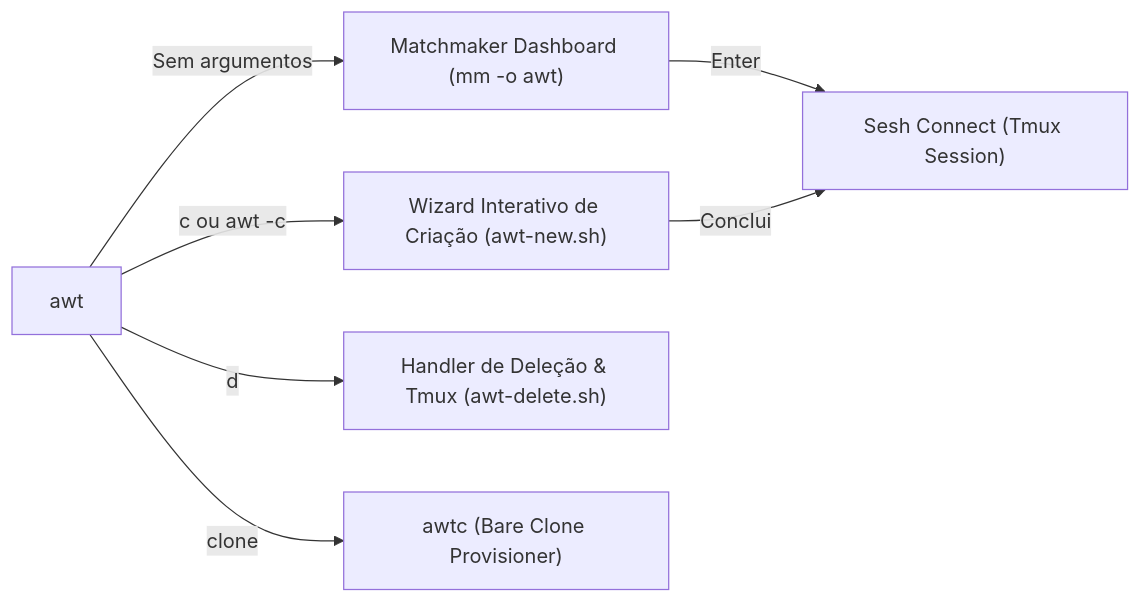
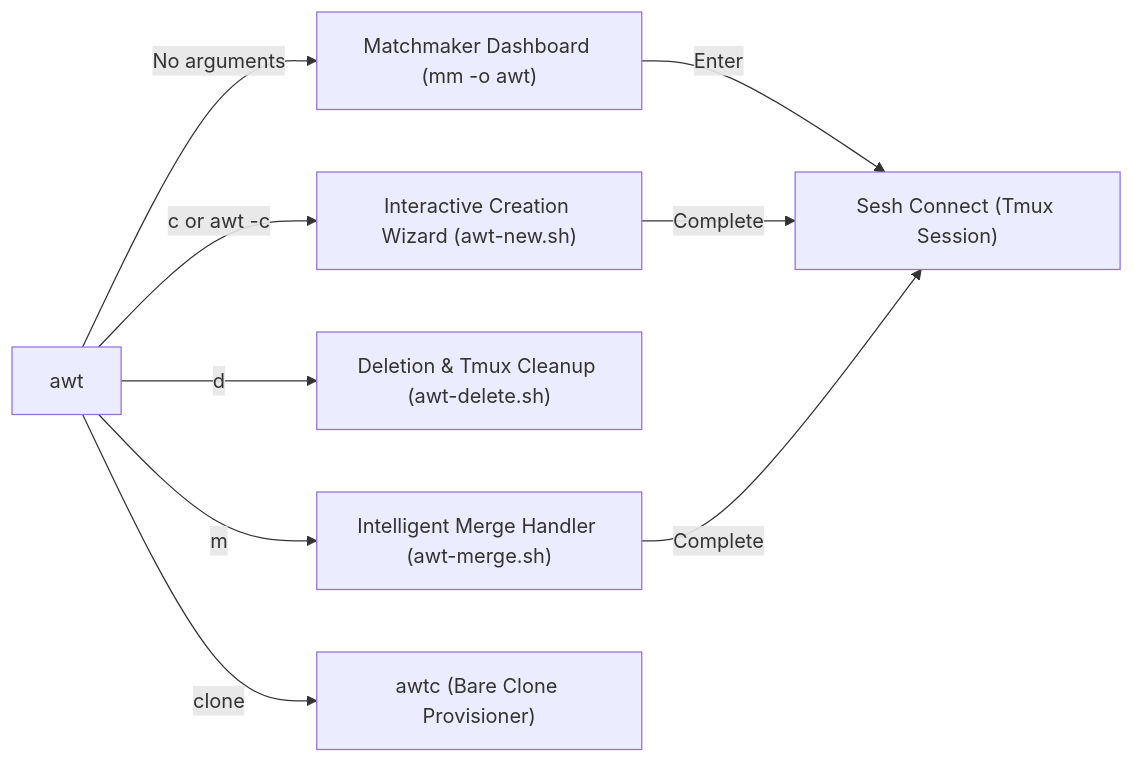
One commit to fcmiranda/.dotfiles changed the fourth of 5 diagrams in docs/GIT_WORKTREE_AGENTIC_WORKFLOW.md. Above: the diagram before and after it, drawn with Mermaid. The commit also changed other lines of this file, not shown here.

````diff
--- a/docs/GIT_WORKTREE_AGENTIC_WORKFLOW.md
+++ b/docs/GIT_WORKTREE_AGENTIC_WORKFLOW.md
@@ -199,10 +198,12 @@
 ```mermaid
 graph LR
-    A["awt"] -->|Sem argumentos| B["Matchmaker Dashboard (mm -o awt)"]
-    A -->|c ou awt -c| C["Wizard Interativo de Criação (awt-new.sh)"]
-    A -->|d| D["Handler de Deleção & Tmux (awt-delete.sh)"]
-    A -->|clone| E["awtc (Bare Clone Provisioner)"]
+    A["awt"] -->|No arguments| B["Matchmaker Dashboard (mm -o awt)"]
+    A -->|c or awt -c| C["Interactive Creation Wizard (awt-new.sh)"]
+    A -->|d| D["Deletion & Tmux Cleanup (awt-delete.sh)"]
+    A -->|m| E["Intelligent Merge Handler (awt-merge.sh)"]
+    A -->|clone| F["awtc (Bare Clone Provisioner)"]
 
     B -->|Enter| SESH["Sesh Connect (Tmux Session)"]
-    C -->|Conclui| SESH
+    C -->|Complete| SESH
+    E -->|Complete| SESH
 ```
````
